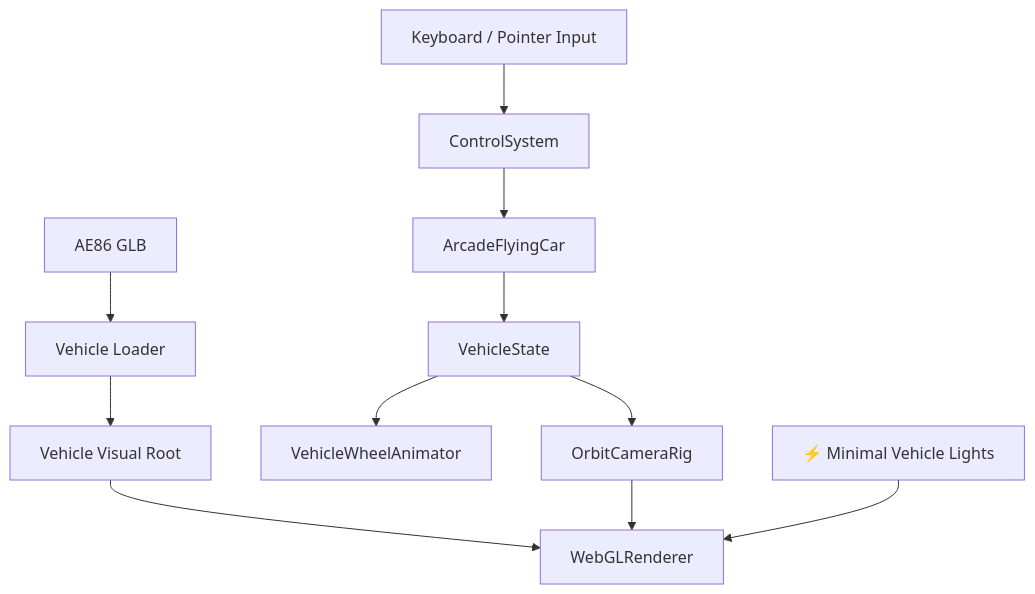
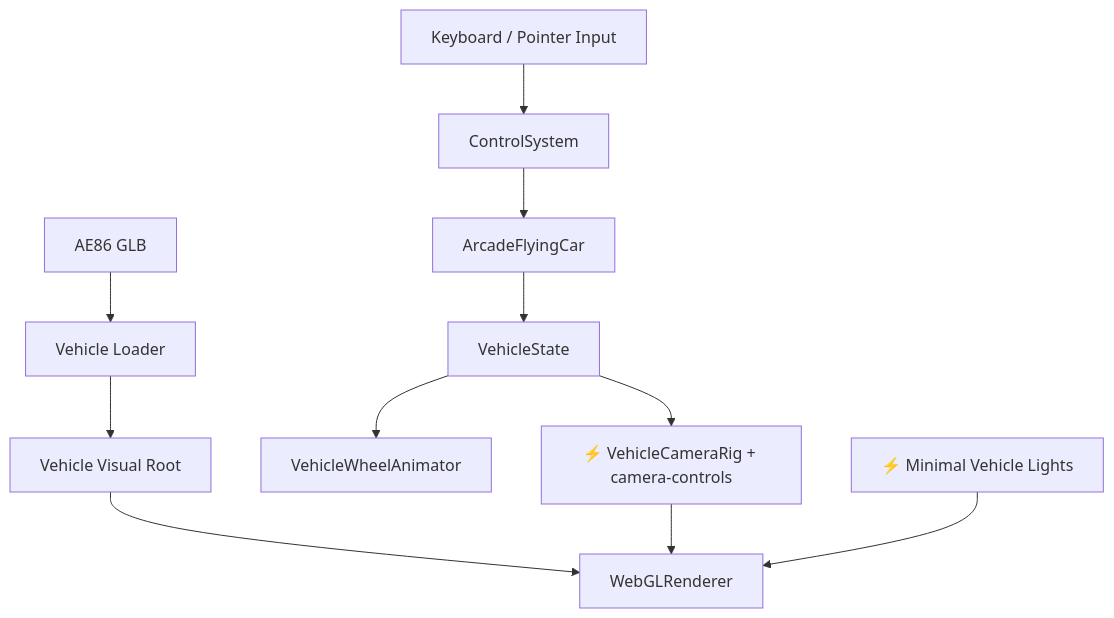
One commit to 64n-goxutech/shader-roam changed the first of 2 diagrams in docs/architecture/core-drive/README.md. Above: the diagram before and after it, drawn with Mermaid. The commit also changed other lines of this file and 7 other files, not shown here.

Commit message:
refactor(camera): replace OrbitControls with camera-controls

````diff
--- a/docs/architecture/core-drive/README.md
+++ b/docs/architecture/core-drive/README.md
@@ -5,14 +5,14 @@
 ```mermaid
 graph TB
     %% 🆕 新增  ⚡ 修改
     Input[Keyboard / Pointer Input] --> Controls[ControlSystem]
     Controls --> Car[ArcadeFlyingCar]
     Car --> State[VehicleState]
     Asset[AE86 GLB] --> Loader[Vehicle Loader]
     Loader --> Visual[Vehicle Visual Root]
     State --> Wheels[VehicleWheelAnimator]
-    State --> Camera[OrbitCameraRig]
+    State --> Camera[⚡ VehicleCameraRig + camera-controls]
     Visual --> Renderer[WebGLRenderer]
     Camera --> Renderer
     Lights[⚡ Minimal Vehicle Lights] --> Renderer
 ```
````
